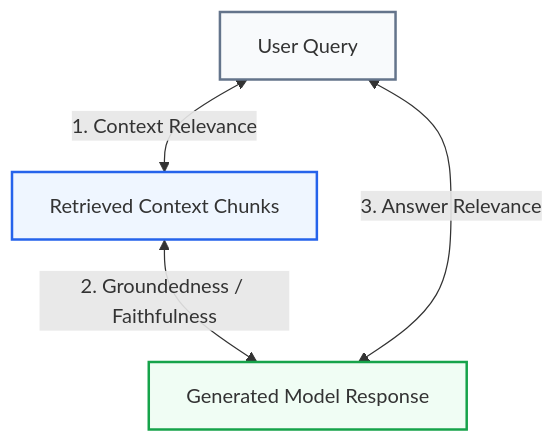
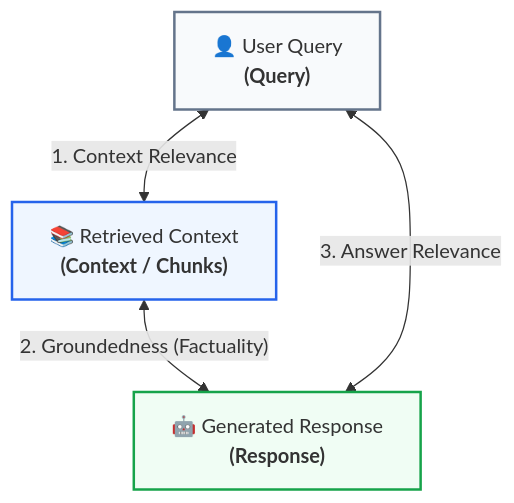
The second of 3 diagrams in docs/en/appendix_genai_rag_gxp.md (Lunaman06/Annex22), drawn with Mermaid before and after one commit. The commit also changed other lines of this file and 29 other files, not shown here.

Commit message:
style(docs): optimize mermaid diagram aspect ratios, edge flows and legibility across all DE and EN modules

````diff
--- a/docs/en/appendix_genai_rag_gxp.md
+++ b/docs/en/appendix_genai_rag_gxp.md
@@ -92,14 +103,14 @@
 ```mermaid
-graph TD
-    Q["User Query"]
-    C["Retrieved Context Chunks"]
-    A["Generated Model Response"]
+flowchart TD
+    Q["👤 User Query<br/><b>(Query)</b>"]
+    C["📚 Retrieved Context<br/><b>(Context / Chunks)</b>"]
+    A["🤖 Generated Response<br/><b>(Response)</b>"]
 
-    Q <-->|1. Context Relevance| C
-    C <-->|2. Groundedness / Faithfulness| A
-    Q <-->|3. Answer Relevance| A
+    Q <-->|"1. Context Relevance"| C
+    C <-->|"2. Groundedness (Factuality)"| A
+    Q <-->|"3. Answer Relevance"| A
 
     style Q fill:#f8fafc,stroke:#64748b,stroke-width:2px
     style C fill:#eff6ff,stroke:#2563eb,stroke-width:2px
     style A fill:#f0fdf4,stroke:#16a34a,stroke-width:2px
 ```
````
